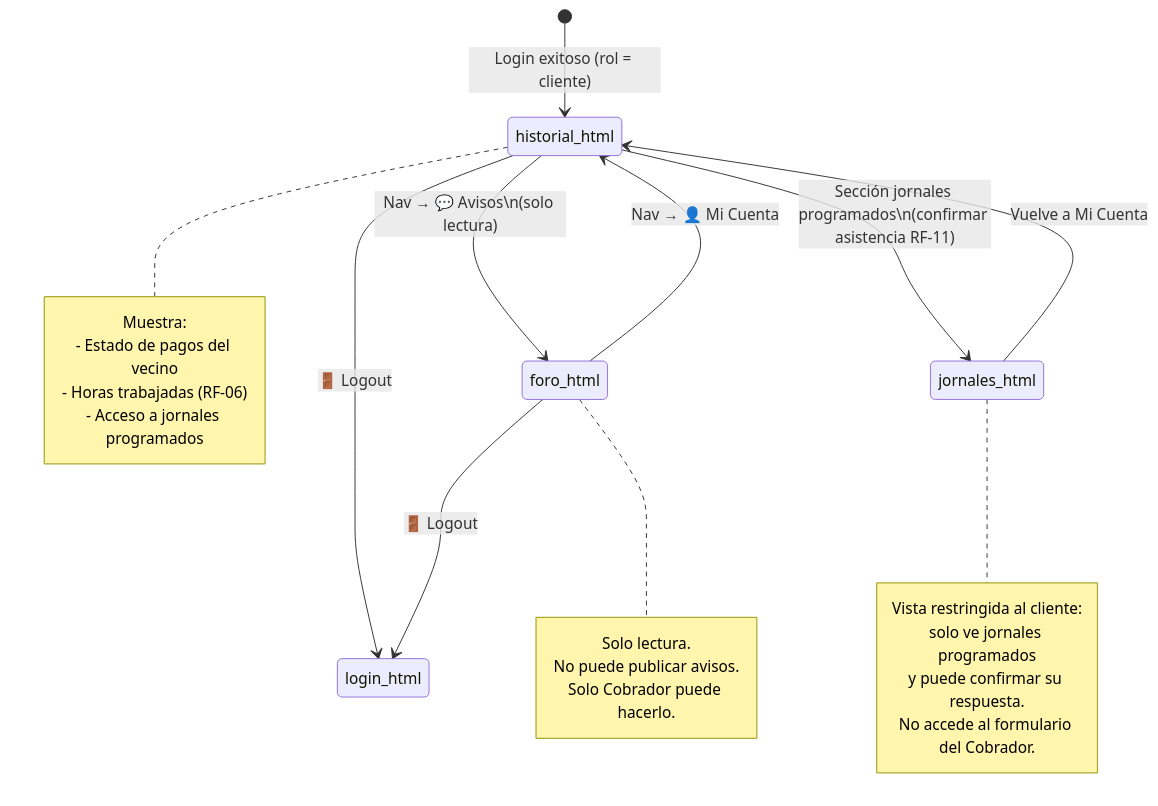
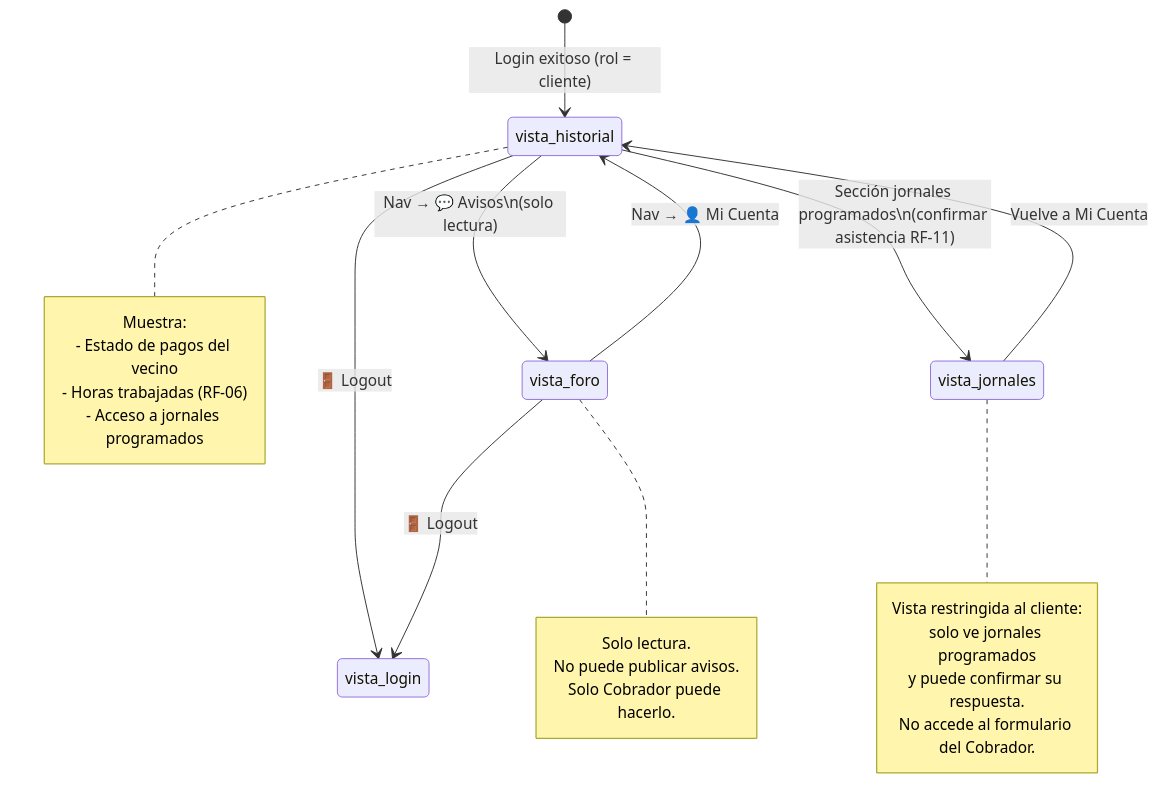
The tenth of 10 diagrams in docs/diagrama_estados.md (AdriP-maker/JAAR_Antigravity), drawn with Mermaid before and after one commit. The commit also changed other lines of this file and 70 other files, not shown here.

````diff
--- a/docs/diagrama_estados.md
+++ b/docs/diagrama_estados.md
@@ -300,32 +300,32 @@
 ```mermaid
 stateDiagram-v2
     direction TB
-    [*] --> historial_html : Login exitoso (rol = cliente)
+    [*] --> vista_historial : Login exitoso (rol = cliente)
 
-    historial_html --> foro_html      : Nav → 💬 Avisos\n(solo lectura)
-    historial_html --> jornales_html  : Sección jornales programados\n(confirmar asistencia RF-11)
+    vista_historial --> vista_foro     : Nav → 💬 Avisos\n(solo lectura)
+    vista_historial --> vista_jornales : Sección jornales programados\n(confirmar asistencia RF-11)
 
-    foro_html      --> historial_html : Nav → 👤 Mi Cuenta
-    jornales_html  --> historial_html : Vuelve a Mi Cuenta
+    vista_foro      --> vista_historial: Nav → 👤 Mi Cuenta
+    vista_jornales  --> vista_historial: Vuelve a Mi Cuenta
 
-    historial_html --> login_html     : 🚪 Logout
-    foro_html      --> login_html     : 🚪 Logout
+    vista_historial --> vista_login    : 🚪 Logout
+    vista_foro      --> vista_login    : 🚪 Logout
 
-    note right of historial_html
+    note right of vista_historial
         Muestra:
         - Estado de pagos del vecino
         - Horas trabajadas (RF-06)
         - Acceso a jornales programados
     end note
-    note right of foro_html
+    note right of vista_foro
         Solo lectura.
         No puede publicar avisos.
         Solo Cobrador puede hacerlo.
     end note
-    note right of jornales_html
+    note right of vista_jornales
         Vista restringida al cliente:
         solo ve jornales programados
         y puede confirmar su respuesta.
         No accede al formulario del Cobrador.
     end note
 ```
````
